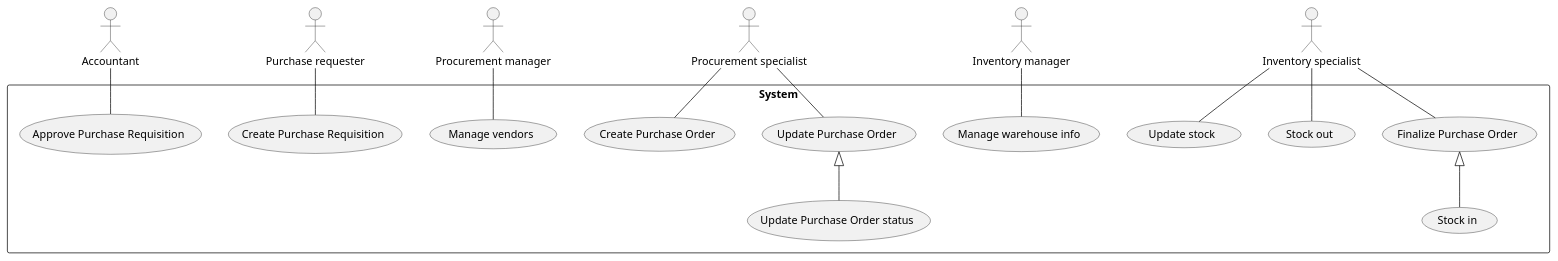
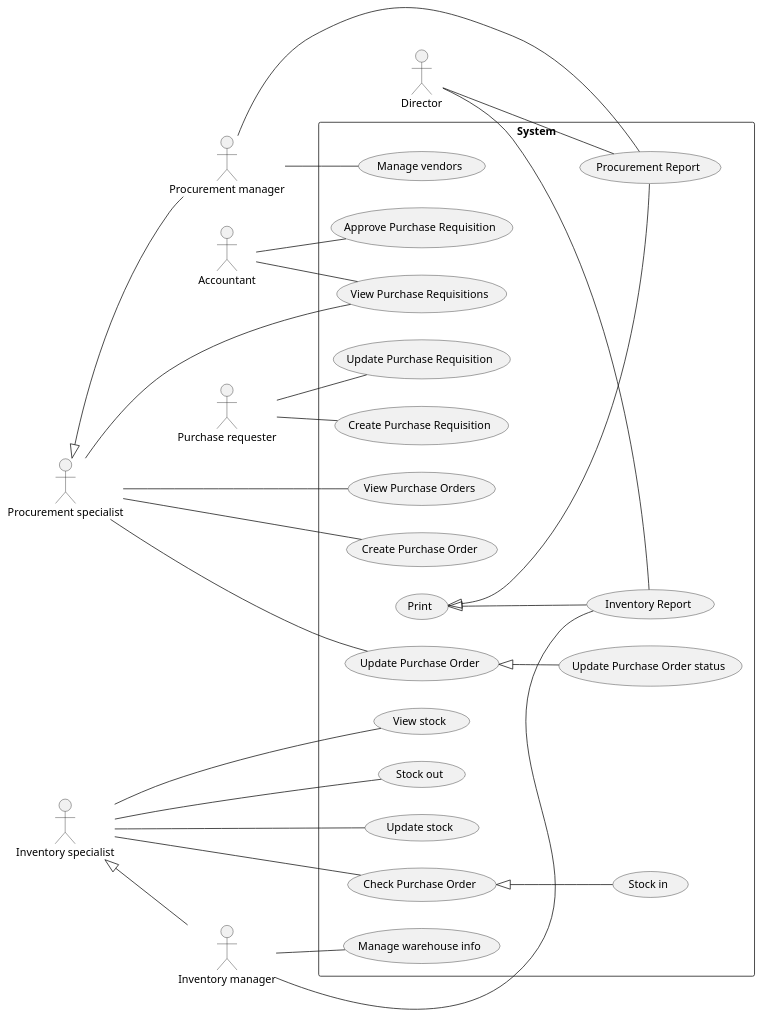
The diagram in use-cases/procurement-inventory.plantuml (phihungha/scmss-reqs), drawn with PlantUML before and after one commit.

Commit message:
Add view and report UCs

```diff
--- a/use-cases/procurement-inventory.plantuml
+++ b/use-cases/procurement-inventory.plantuml
@@ -1,27 +1,45 @@
 @startuml Procurement and Inventory
+left to right direction
 
+:Director: as d
 :Accountant: as a
+
 :Purchase requester: as pr
 :Procurement manager: as pm
 :Procurement specialist: as ps
+ps <|-- pm
 
 :Inventory manager: as im
 :Inventory specialist: as is
+is <|-- im
 
 rectangle System {
     pm -- (Manage vendors)
 
     pr -- (Create Purchase Requisition)
+    pr -- (Update Purchase Requisition)
+    a -- (View Purchase Requisitions)
     a -- (Approve Purchase Requisition)
+
+    ps -- (View Purchase Requisitions)
+    ps -- (View Purchase Orders)
     ps -- (Create Purchase Order)
     ps -- (Update Purchase Order)
     (Update Purchase Order) <|-- (Update Purchase Order status)
-    is -- (Finalize Purchase Order)
+    is -- (Check Purchase Order)
+    pm -- (Procurement Report)
+    d -- (Procurement Report)
 
-    (Finalize Purchase Order) <|-- (Stock in)
+    is -- (View stock)
+    (Check Purchase Order) <|-- (Stock in)
     is -- (Stock out)
     is -- (Update stock)
     im -- (Manage warehouse info)
+    im -- (Inventory Report)
+    d -- (Inventory Report)
+
+    (Print) <|-- (Procurement Report)
+    (Print) <|-- (Inventory Report)
 }
 
 @enduml
```
